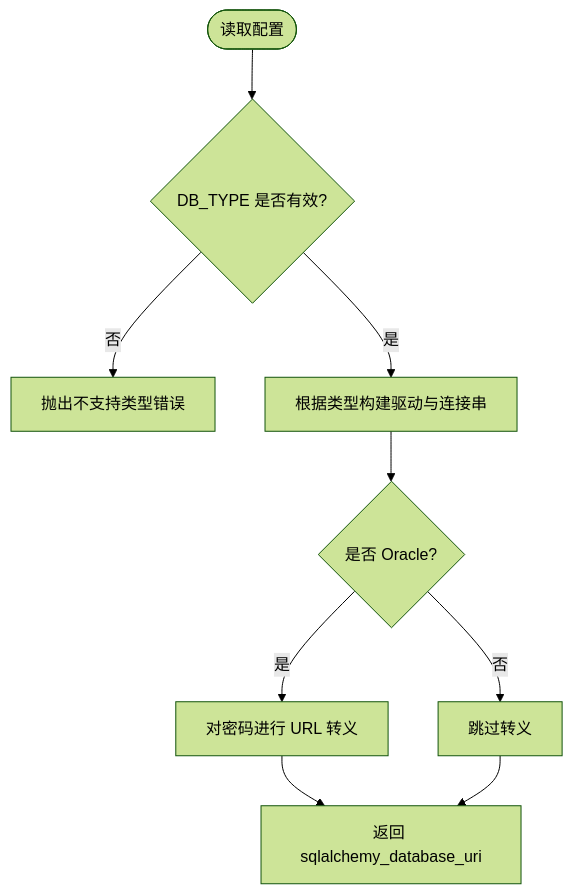
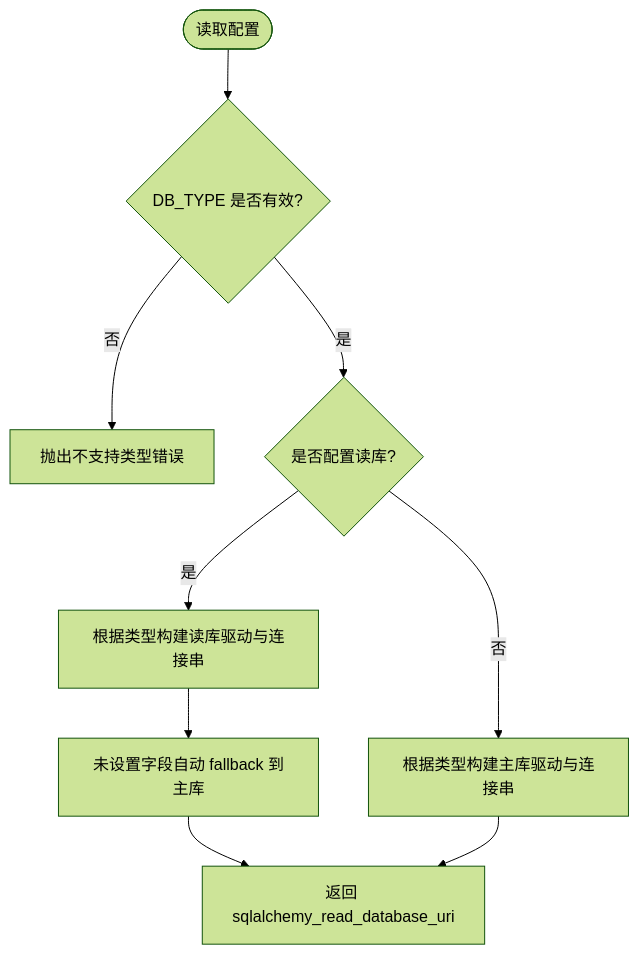
One commit to lilinzezzzzzz/fastapi-backend changed the third of 10 diagrams in .qoder/repowiki/zh/content/数据库集成/数据库集成.md. Above: the diagram before and after it, drawn with Mermaid (forest theme). The commit also changed other lines of this file and 42 other files, not shown here.

````diff
--- a/.qoder/repowiki/zh/content/数据库集成/数据库集成.md
+++ b/.qoder/repowiki/zh/content/数据库集成/数据库集成.md
@@ -170,11 +210,11 @@
 ```mermaid
 flowchart TD
 Start(["读取配置"]) --> CheckType{"DB_TYPE 是否有效?"}
 CheckType --> |否| Error["抛出不支持类型错误"]
-CheckType --> |是| BuildURI["根据类型构建驱动与连接串"]
-BuildURI --> Oracle{"是否 Oracle?"}
-Oracle --> |是| QuotePwd["对密码进行 URL 转义"]
-Oracle --> |否| SkipQuote["跳过转义"]
-QuotePwd --> Return["返回 sqlalchemy_database_uri"]
-SkipQuote --> Return
+CheckType --> |是| CheckRead{"是否配置读库?"}
+CheckRead --> |否| BuildURI["根据类型构建主库驱动与连接串"]
+CheckRead --> |是| BuildReadURI["根据类型构建读库驱动与连接串"]
+BuildReadURI --> Fallback["未设置字段自动 fallback 到主库"]
+Fallback --> Return["返回 sqlalchemy_read_database_uri"]
+BuildURI --> Return
 ```
````
